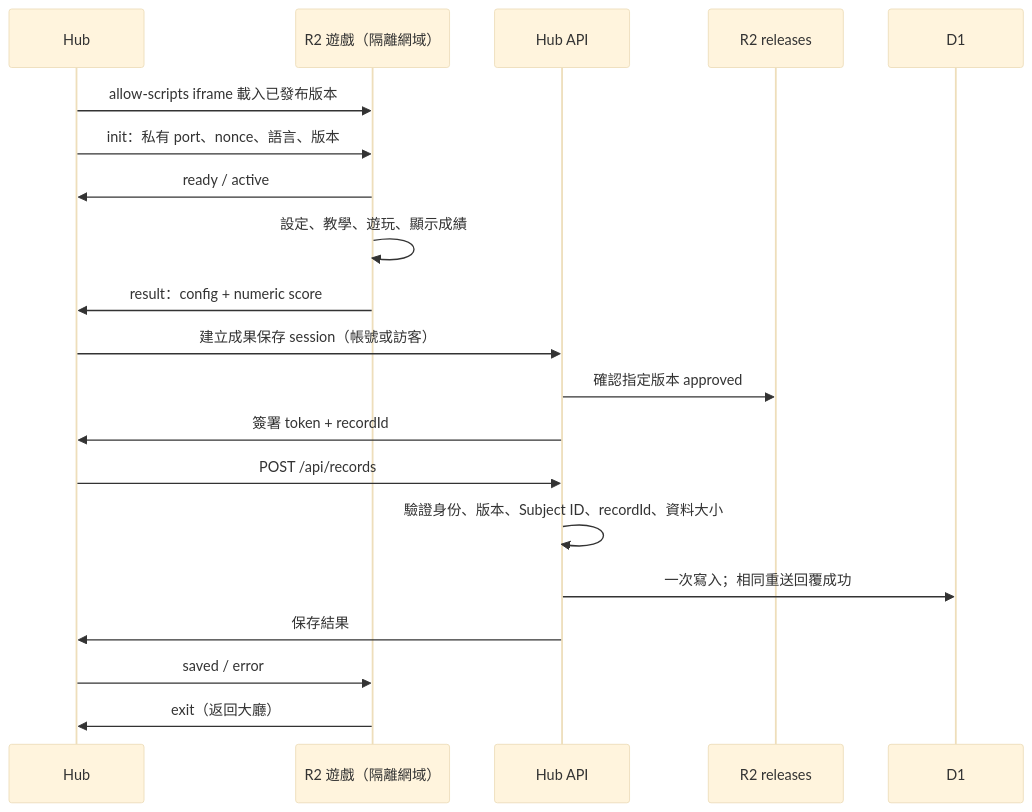
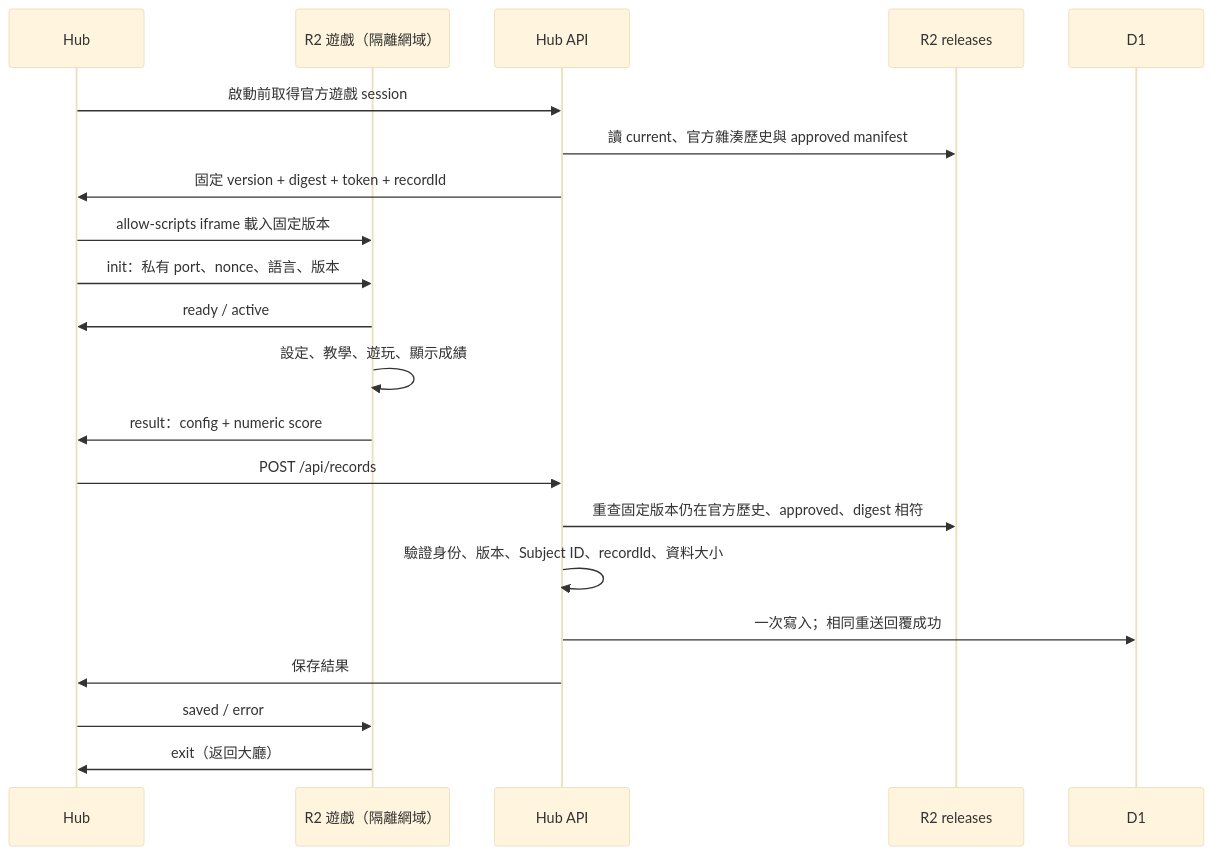
Before and after one commit to ian030590/RehabTrainerHub: the diagram in docs/r2-game-migration-plan.md, drawn with Mermaid (base theme). The commit also changed other lines of this file and 30 other files, not shown here.

````diff
--- a/docs/r2-game-migration-plan.md
+++ b/docs/r2-game-migration-plan.md
@@ -35,22 +35,23 @@
 ```mermaid
 sequenceDiagram
   participant H as Hub
   participant G as R2 遊戲（隔離網域）
   participant A as Hub API
   participant R as R2 releases
   participant D as D1
-  H->>G: allow-scripts iframe 載入已發布版本
+  H->>A: 啟動前取得官方遊戲 session
+  A->>R: 讀 current、官方雜湊歷史與 approved manifest
+  A->>H: 固定 version + digest + token + recordId
+  H->>G: allow-scripts iframe 載入固定版本
   H->>G: init：私有 port、nonce、語言、版本
   G->>H: ready / active
   G->>G: 設定、教學、遊玩、顯示成績
   G->>H: result：config + numeric score
-  H->>A: 建立成果保存 session（帳號或訪客）
-  A->>R: 確認指定版本 approved
-  A->>H: 簽署 token + recordId
   H->>A: POST /api/records
+  A->>R: 重查固定版本仍在官方歷史、approved、digest 相符
   A->>A: 驗證身份、版本、Subject ID、recordId、資料大小
   A->>D: 一次寫入；相同重送回覆成功
   A->>H: 保存結果
   H->>G: saved / error
   G->>H: exit（返回大廳）
 ```
````
